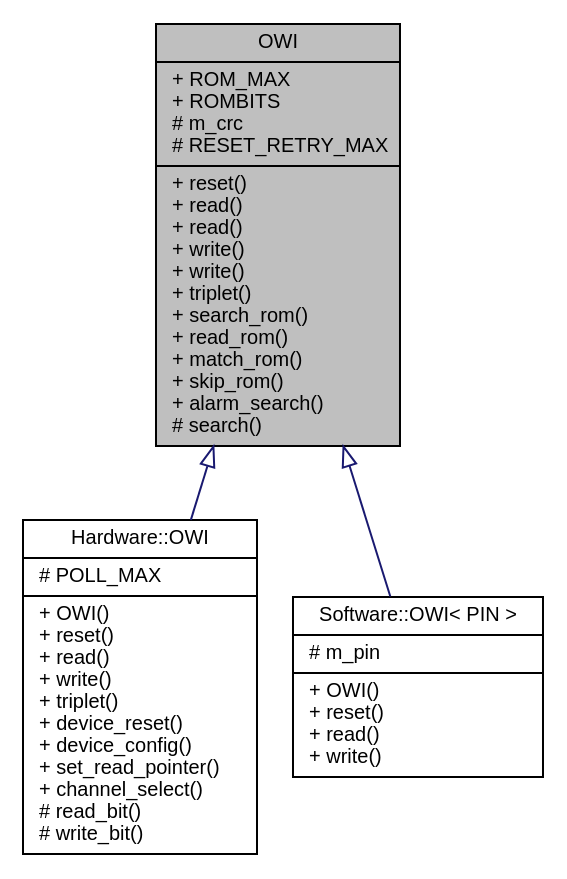
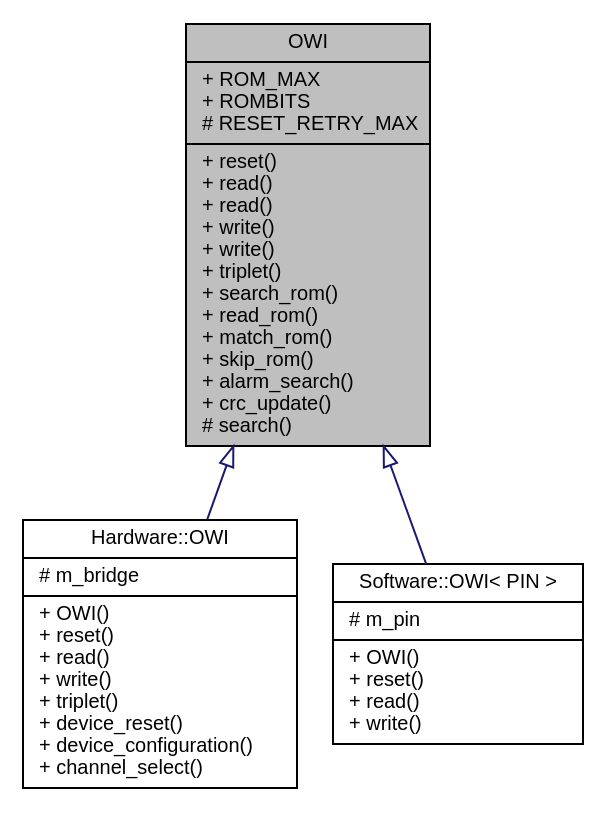
Before and after one commit to mikaelpatel/mikaelpatel.github.io: the diagram in Arduino-OWI/da/d5e/classOWI__inherit__graph.dot, drawn with Graphviz. The commit also changed 194 other files, not shown here.

```diff
--- a/Arduino-OWI/da/d5e/classOWI__inherit__graph.dot
+++ b/Arduino-OWI/da/d5e/classOWI__inherit__graph.dot
@@ -1,10 +1,10 @@
 digraph "OWI"
 {
   edge [fontname="Helvetica",fontsize="10",labelfontname="Helvetica",labelfontsize="10"];
   node [fontname="Helvetica",fontsize="10",shape=record];
-  Node1 [label="{OWI\n|+ ROM_MAX\l+ ROMBITS\l# m_crc\l# RESET_RETRY_MAX\l|+ reset()\l+ read()\l+ read()\l+ write()\l+ write()\l+ triplet()\l+ search_rom()\l+ read_rom()\l+ match_rom()\l+ skip_rom()\l+ alarm_search()\l# search()\l}",height=0.2,width=0.4,color="black", fillcolor="grey75", style="filled", fontcolor="black"];
+  Node1 [label="{OWI\n|+ ROM_MAX\l+ ROMBITS\l# RESET_RETRY_MAX\l|+ reset()\l+ read()\l+ read()\l+ write()\l+ write()\l+ triplet()\l+ search_rom()\l+ read_rom()\l+ match_rom()\l+ skip_rom()\l+ alarm_search()\l+ crc_update()\l# search()\l}",height=0.2,width=0.4,color="black", fillcolor="grey75", style="filled", fontcolor="black"];
   Node1 -> Node2 [dir="back",color="midnightblue",fontsize="10",style="solid",arrowtail="onormal",fontname="Helvetica"];
-  Node2 [label="{Hardware::OWI\n|# POLL_MAX\l|+ OWI()\l+ reset()\l+ read()\l+ write()\l+ triplet()\l+ device_reset()\l+ device_config()\l+ set_read_pointer()\l+ channel_select()\l# read_bit()\l# write_bit()\l}",height=0.2,width=0.4,color="black", fillcolor="white", style="filled",URL="$d3/d22/classHardware_1_1OWI.html"];
+  Node2 [label="{Hardware::OWI\n|# m_bridge\l|+ OWI()\l+ reset()\l+ read()\l+ write()\l+ triplet()\l+ device_reset()\l+ device_configuration()\l+ channel_select()\l}",height=0.2,width=0.4,color="black", fillcolor="white", style="filled",URL="$d3/d22/classHardware_1_1OWI.html"];
   Node1 -> Node3 [dir="back",color="midnightblue",fontsize="10",style="solid",arrowtail="onormal",fontname="Helvetica"];
   Node3 [label="{Software::OWI\< PIN \>\n|# m_pin\l|+ OWI()\l+ reset()\l+ read()\l+ write()\l}",height=0.2,width=0.4,color="black", fillcolor="white", style="filled",URL="$d0/de1/classSoftware_1_1OWI.html"];
 }
```
